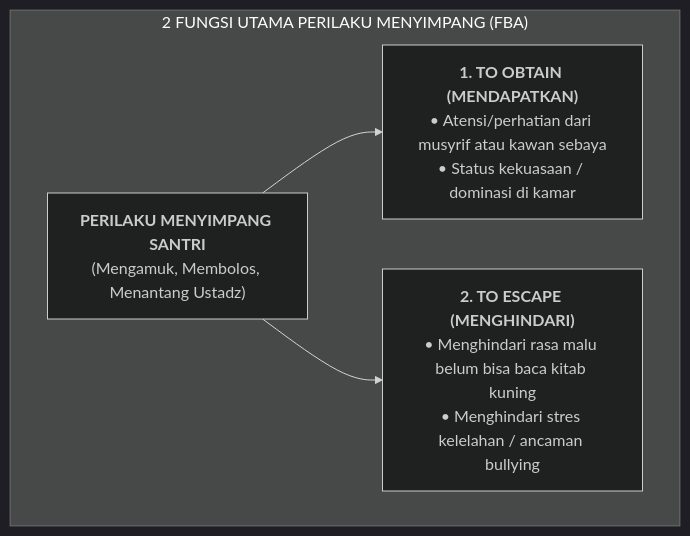
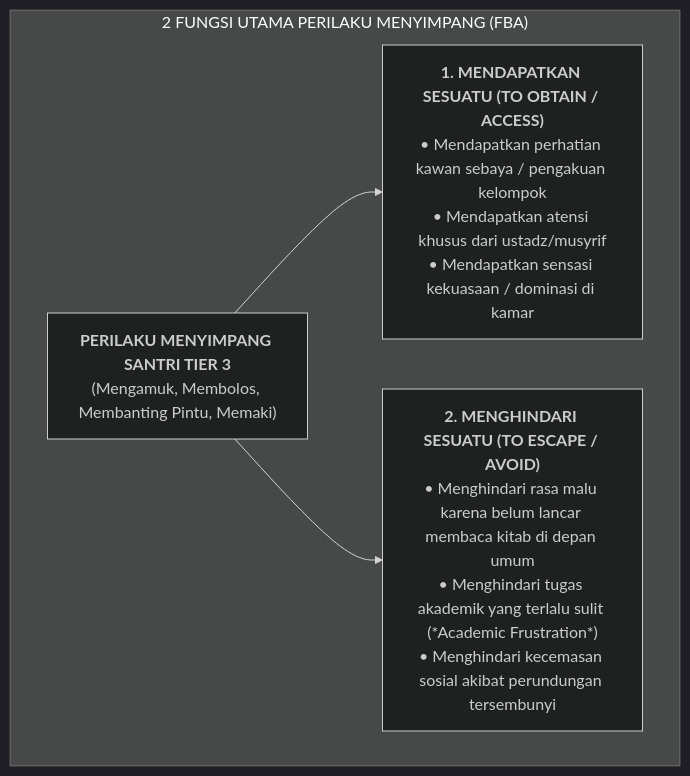
Before and after one commit to wandiapriliyandi/tumbuh: the diagram in BOOK Series 2/Volume-04-Intervensi-PBIS-dan-Disiplin-Restoratif/Bab-04-Intervensi-Tier-3-FBA-dan-BIP/01-Prinsip-Functional-Behavior-Assessment-FBA.md, drawn with Mermaid (dark theme). The commit also changed other lines of this file and 61 other files, not shown here.

````diff
--- a/BOOK Series 2/Volume-04-Intervensi-PBIS-dan-Disiplin-Restoratif/Bab-04-Intervensi-Tier-3-FBA-dan-BIP/01-Prinsip-Functional-Behavior-Assessment-FBA.md
+++ b/BOOK Series 2/Volume-04-Intervensi-PBIS-dan-Disiplin-Restoratif/Bab-04-Intervensi-Tier-3-FBA-dan-BIP/01-Prinsip-Functional-Behavior-Assessment-FBA.md
@@ -15,10 +13,10 @@
 ```mermaid
 flowchart TD
-    subgraph FungsiPerilaku["2 FUNGSI UTAMA PERILAKU MENYIMPANG (FBA)"]
-        Perilaku["<b>PERILAKU MENYIMPANG SANTRI</b><br/>(Mengamuk, Membolos, Menantang Ustadz)"]
+    subgraph DuaFungsiPerilaku["2 FUNGSI UTAMA PERILAKU MENYIMPANG (FBA)"]
+        Perilaku["<b>PERILAKU MENYIMPANG SANTRI TIER 3</b><br/>(Mengamuk, Membolos, Membanting Pintu, Memaki)"]
         
-        Perilaku --> F1["<b>1. TO OBTAIN (MENDAPATKAN)</b><br/>• Atensi/perhatian dari musyrif atau kawan sebaya<br/>• Status kekuasaan / dominasi di kamar"]
+        Perilaku --> F1["<b>1. MENDAPATKAN SESUATU (TO OBTAIN / ACCESS)</b><br/>• Mendapatkan perhatian kawan sebaya / pengakuan kelompok<br/>• Mendapatkan atensi khusus dari ustadz/musyrif<br/>• Mendapatkan sensasi kekuasaan / dominasi di kamar"]
         
-        Perilaku --> F2["<b>2. TO ESCAPE (MENGHINDARI)</b><br/>• Menghindari rasa malu belum bisa baca kitab kuning<br/>• Menghindari stres kelelahan / ancaman bullying"]
+        Perilaku --> F2["<b>2. MENGHINDARI SESUATU (TO ESCAPE / AVOID)</b><br/>• Menghindari rasa malu karena belum lancar membaca kitab di depan umum<br/>• Menghindari tugas akademik yang terlalu sulit (*Academic Frustration*)<br/>• Menghindari kecemasan sosial akibat perundungan tersembunyi"]
     end
 ```
````
